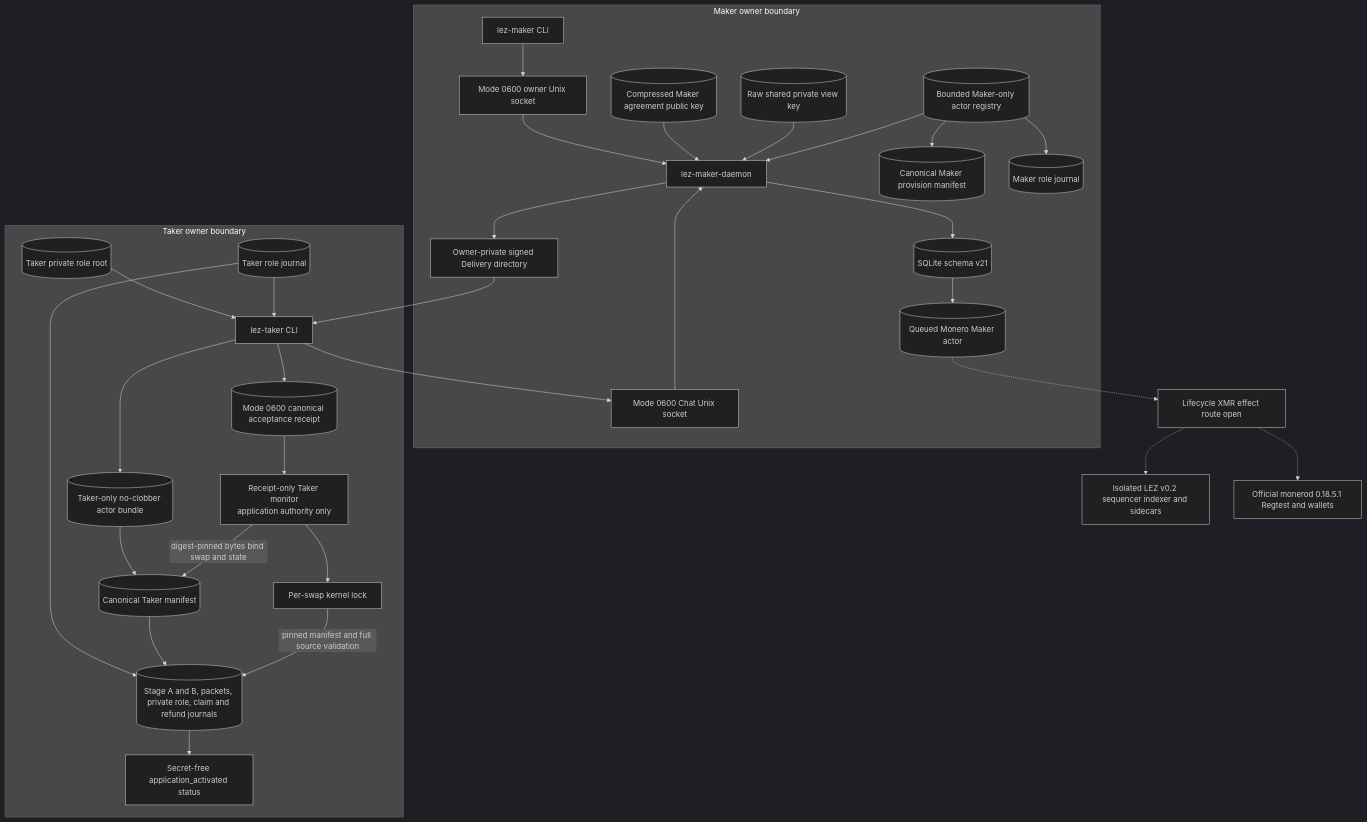
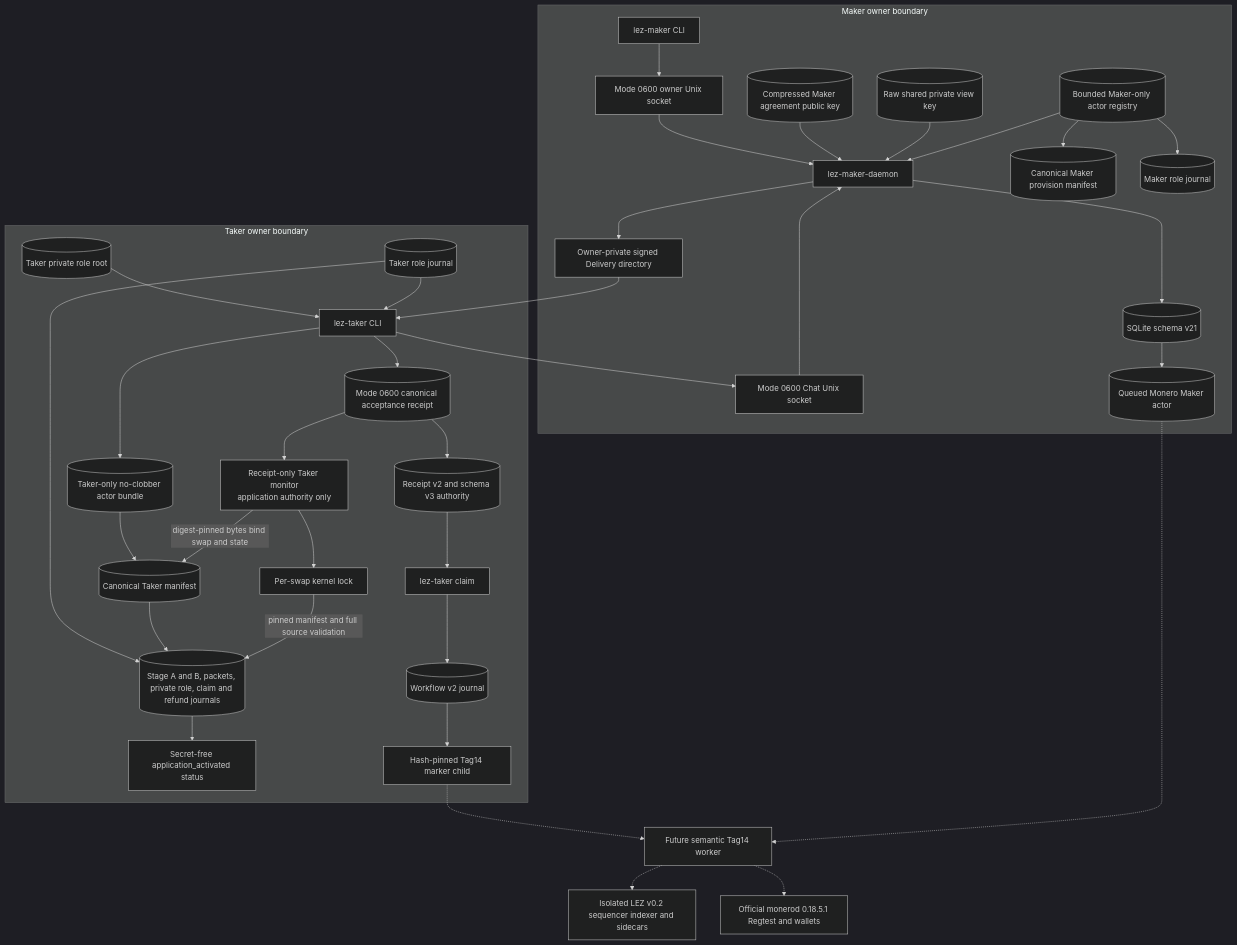
The seventh of 21 diagrams in docs/architecture/deployment-components-and-rpcs.md (gateway-fm/lez-atomic-swaps), drawn with Mermaid (dark theme) before and after one commit. The commit also changed other lines of this file and 10 other files, not shown here.

Commit message:
feat(m5): invoke XMR taker effects once

````diff
--- a/docs/architecture/deployment-components-and-rpcs.md
+++ b/docs/architecture/deployment-components-and-rpcs.md
@@ -746,59 +746,68 @@
 ```mermaid
 flowchart TB
     subgraph MakerBoundary["Maker owner boundary"]
         MakerCli["lez-maker CLI"]
         OwnerSocket["Mode 0600 owner Unix socket"]
         Daemon["lez-maker-daemon"]
         ChatSocket["Mode 0600 Chat Unix socket"]
         Store[("SQLite schema v21")]
         Delivery["Owner-private signed Delivery directory"]
         AgreementKey[("Compressed Maker agreement public key")]
         ViewKey[("Raw shared private view key")]
         Registry[("Bounded Maker-only actor registry")]
         MakerManifest[("Canonical Maker provision manifest")]
         MakerJournal[("Maker role journal")]
         MakerActor[("Queued Monero Maker actor")]
     end
 
     subgraph TakerBoundary["Taker owner boundary"]
         TakerCli["lez-taker CLI"]
         TakerRoot[("Taker private role root")]
         TakerJournal[("Taker role journal")]
         TakerActor[("Taker-only no-clobber actor bundle")]
         Receipt[("Mode 0600 canonical acceptance receipt")]
         TakerManifest[("Canonical Taker manifest")]
         TakerAuthority[("Stage A and B, packets, private role, claim and refund journals")]
         MonitorLock["Per-swap kernel lock"]
         Monitor["Receipt-only Taker monitor<br/>application authority only"]
         MonitorStatus["Secret-free application_activated status"]
+        EffectReceipt[("Receipt v2 and schema v3 authority")]
+        Claim["lez-taker claim"]
+        Workflow[("Workflow v2 journal")]
+        Marker["Hash-pinned Tag14 marker child"]
     end
 
     MakerCli --> OwnerSocket
     OwnerSocket --> Daemon
     Daemon --> Store
     Daemon --> Delivery
     Delivery --> TakerCli
     TakerCli --> ChatSocket
     ChatSocket --> Daemon
     AgreementKey --> Daemon
     ViewKey --> Daemon
     Registry --> Daemon
     Registry --> MakerManifest
     Registry --> MakerJournal
     Store --> MakerActor
     TakerRoot --> TakerCli
     TakerJournal --> TakerCli
     TakerCli --> TakerActor
     TakerCli --> Receipt
     TakerActor --> TakerManifest
     TakerJournal --> TakerAuthority
     Receipt --> Monitor
     Monitor -->|"digest-pinned bytes bind swap and state"| TakerManifest
     Monitor --> MonitorLock
     TakerManifest --> TakerAuthority
     MonitorLock -->|"pinned manifest and full source validation"| TakerAuthority
     TakerAuthority --> MonitorStatus
-    MakerActor -.-> SemanticSupervisor["Lifecycle XMR effect route open"]
+    Receipt --> EffectReceipt
+    EffectReceipt --> Claim
+    Claim --> Workflow
+    Workflow --> Marker
+    Marker -.-> SemanticSupervisor["Future semantic Tag14 worker"]
+    MakerActor -.-> SemanticSupervisor
     SemanticSupervisor -.-> LezNodes["Isolated LEZ v0.2 sequencer indexer and sidecars"]
     SemanticSupervisor -.-> MoneroNodes["Official monerod 0.18.5.1 Regtest and wallets"]
 ```
````
